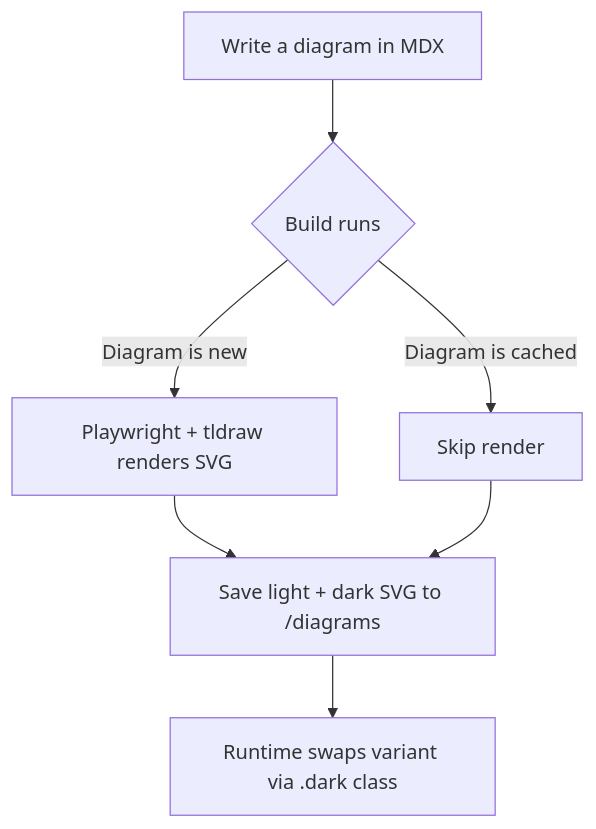
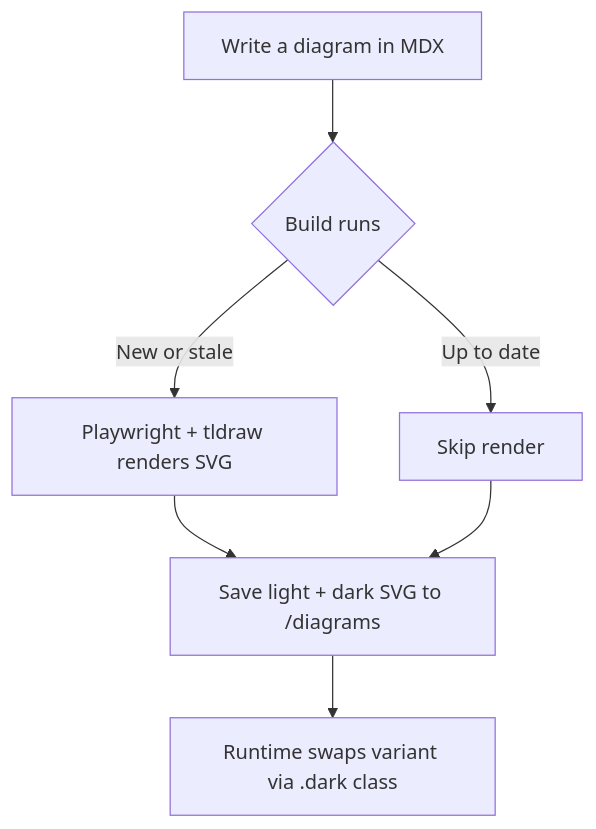
The first of 3 diagrams in posts/2026-06-16.mermaid-tldraw-diagrams.mdx (superhighfives/code.charliegleason.com), drawn with Mermaid before and after one commit. The commit also changed other lines of this file and 17 other files, not shown here.

First line of the commit message:
Polish mermaid diagrams; turn dummy post into tutorial

````diff
--- a/posts/2026-06-16.mermaid-tldraw-diagrams.mdx
+++ b/posts/2026-06-16.mermaid-tldraw-diagrams.mdx
@@ -12,9 +24,9 @@
 ```mermaid
 flowchart TD
   A[Write a diagram in MDX] --> B{Build runs}
-  B -->|Diagram is new| C[Playwright + tldraw renders SVG]
-  B -->|Diagram is cached| D[Skip render]
+  B -->|New or stale| C[Playwright + tldraw renders SVG]
+  B -->|Up to date| D[Skip render]
   C --> E[Save light + dark SVG to /diagrams]
   D --> E
   E --> F[Runtime swaps variant via .dark class]
 ```
````
